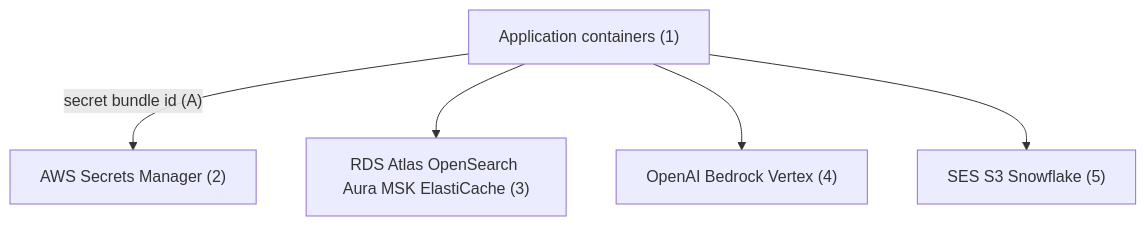
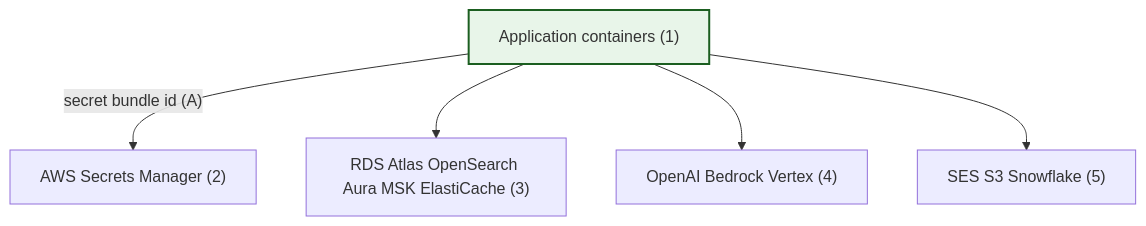
Before and after one commit to OferElboher/suspicious-email-triage: the diagram in docs/diagrams/system-flow-staging-prod.mmd, drawn with Mermaid. The commit also changed 20 other files, not shown here.

First line of the commit message:
Fix Django admin login, graph export, and analytics axis labels.

```diff
--- a/docs/diagrams/system-flow-staging-prod.mmd
+++ b/docs/diagrams/system-flow-staging-prod.mmd
@@ -1,11 +1,15 @@
 flowchart TB
+  classDef flowEntry fill:#e8f5e9,stroke:#1b5e20,stroke-width:2px
+
   APP["Application containers (1)"]
   SM["AWS Secrets Manager (2)"]
   DATA["RDS Atlas OpenSearch Aura MSK ElastiCache (3)"]
   AI["OpenAI Bedrock Vertex (4)"]
   OUT["SES S3 Snowflake (5)"]
 
   APP -->|"secret bundle id (A)"| SM
   APP --> DATA
   APP --> AI
   APP --> OUT
+
+  class APP flowEntry
```
